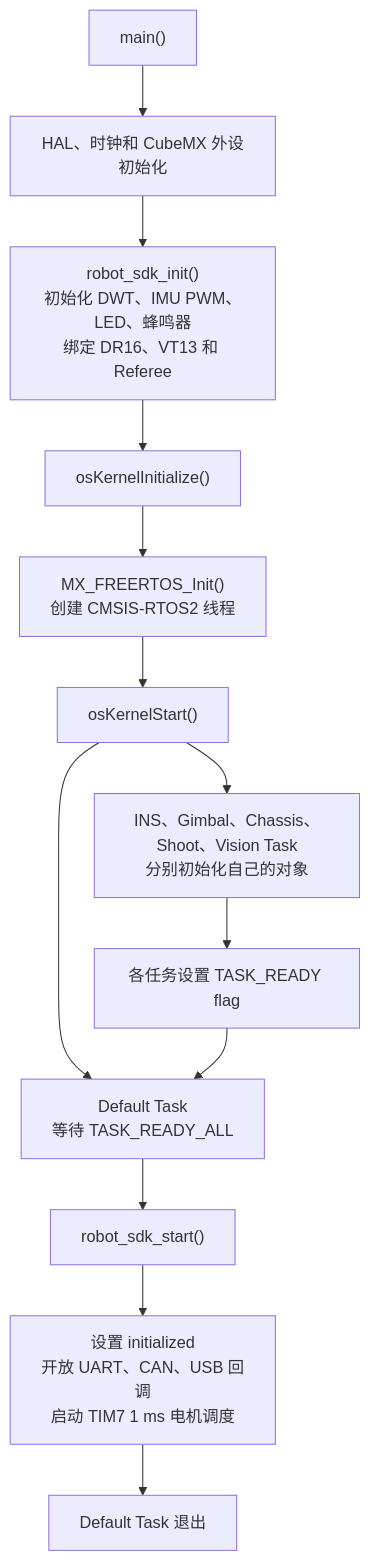
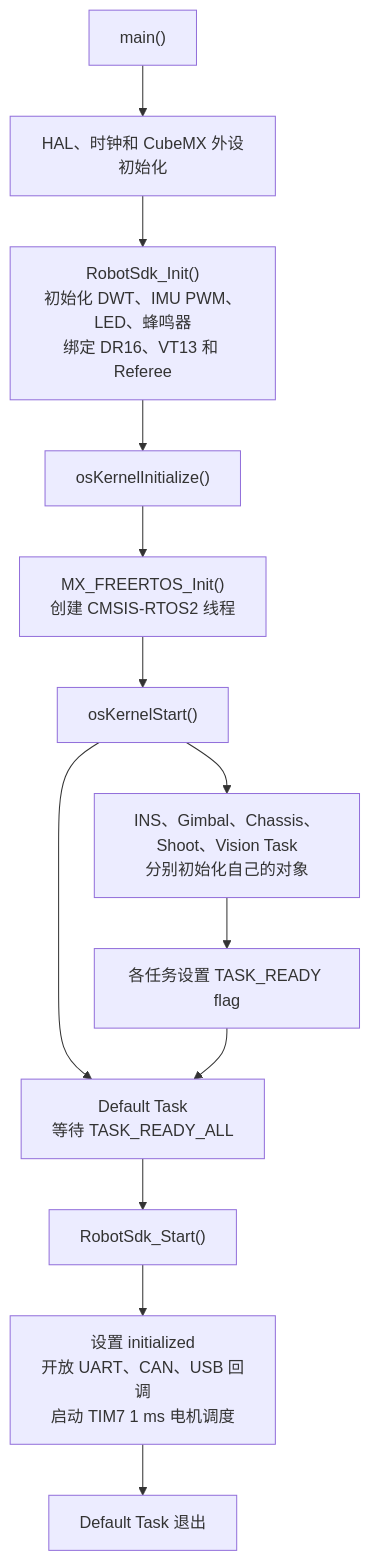
The diagram in README.md (SZTU-RoboMaster/little_head_framework), drawn with Mermaid before and after one commit. The commit also changed other lines of this file and 104 other files, not shown here.

````diff
--- a/README.md
+++ b/README.md
@@ -110,28 +110,28 @@
 ```mermaid
 flowchart TD
     MAIN["main()"]
     HAL_INIT["HAL、时钟和 CubeMX 外设初始化"]
-    SDK_INIT["robot_sdk_init()<br/>初始化 DWT、IMU PWM、LED、蜂鸣器<br/>绑定 DR16、VT13 和 Referee"]
+    SDK_INIT["RobotSdk_Init()<br/>初始化 DWT、IMU PWM、LED、蜂鸣器<br/>绑定 DR16、VT13 和 Referee"]
     KERNEL_INIT["osKernelInitialize()"]
     FREERTOS_INIT["MX_FREERTOS_Init()<br/>创建 CMSIS-RTOS2 线程"]
     KERNEL_START["osKernelStart()"]
     DEFAULT_TASK["Default Task<br/>等待 TASK_READY_ALL"]
     APP_TASKS["INS、Gimbal、Chassis、Shoot、Vision Task<br/>分别初始化自己的对象"]
     READY_FLAGS["各任务设置 TASK_READY flag"]
-    SDK_START["robot_sdk_start()"]
+    SDK_START["RobotSdk_Start()"]
     CALLBACKS["设置 initialized<br/>开放 UART、CAN、USB 回调<br/>启动 TIM7 1 ms 电机调度"]
     DEFAULT_EXIT["Default Task 退出"]
 
     MAIN --> HAL_INIT
     HAL_INIT --> SDK_INIT
     SDK_INIT --> KERNEL_INIT
     KERNEL_INIT --> FREERTOS_INIT
     FREERTOS_INIT --> KERNEL_START
     KERNEL_START --> DEFAULT_TASK
     KERNEL_START --> APP_TASKS
     APP_TASKS --> READY_FLAGS
     READY_FLAGS --> DEFAULT_TASK
     DEFAULT_TASK --> SDK_START
     SDK_START --> CALLBACKS
     CALLBACKS --> DEFAULT_EXIT
 ```
````
